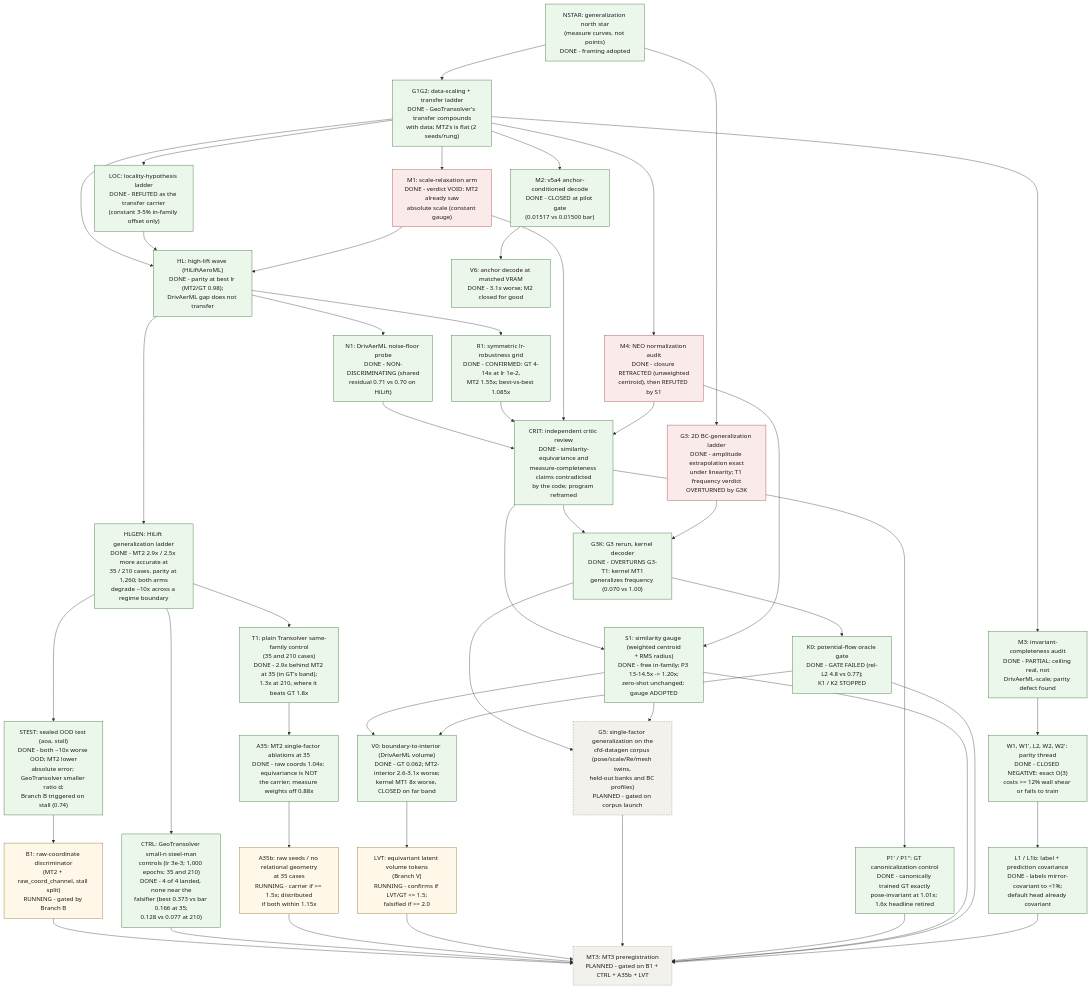
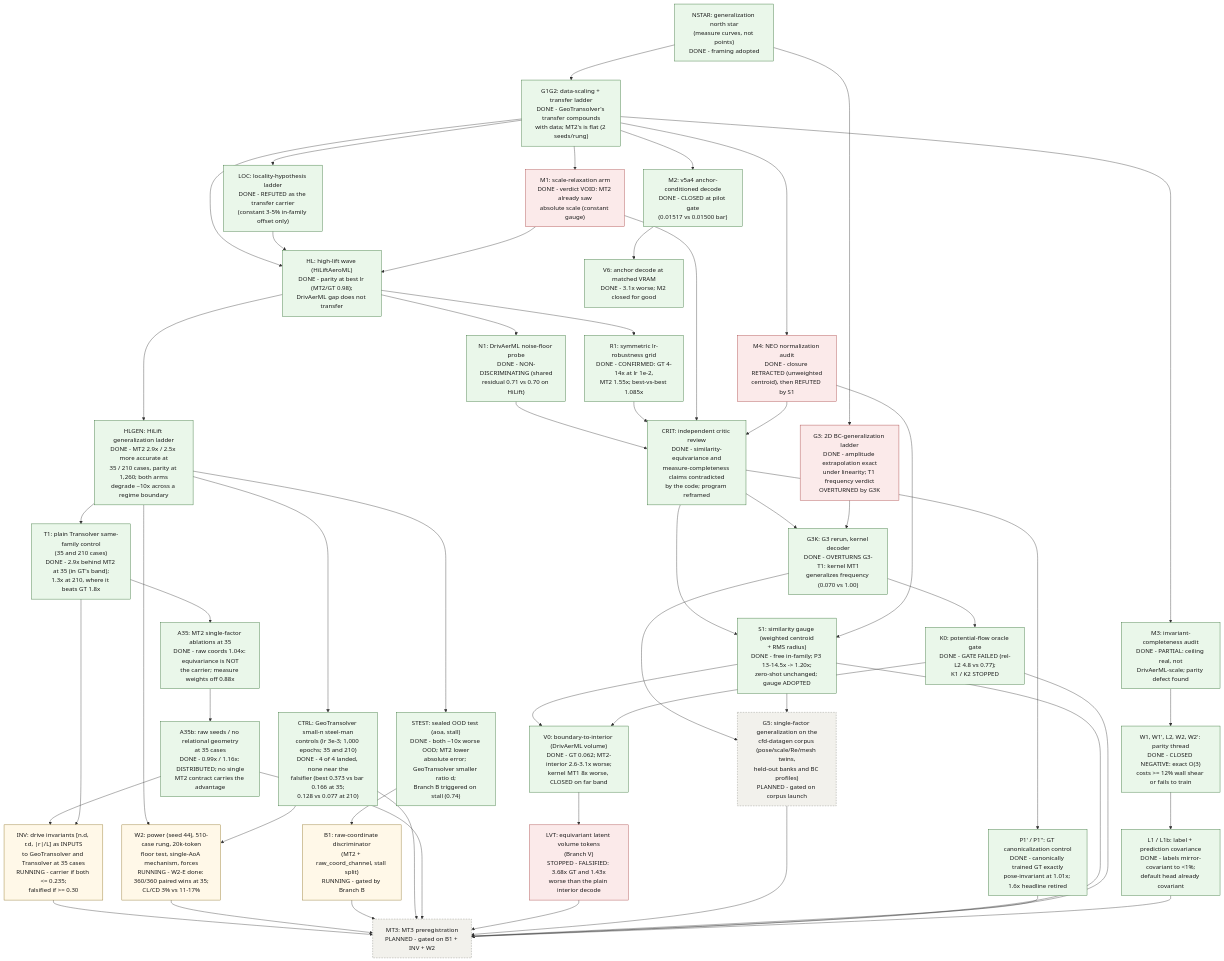
One commit to peterdsharpe/modulus changed the diagram in examples/cfd/mesh_transformer/book/index.qmd. Above: the diagram before and after it, drawn with Mermaid. The commit also changed other lines of this file and 3 other files, not shown here.

Commit message:
Notebook: W2-E paired per-case stats (360/360 wins at 35) and force coefficients (CL/CD 3% vs 11-17%); ch17 claim bounded; tech tree INV/W2/LVT/A35b

```diff
--- a/examples/cfd/mesh_transformer/book/index.qmd
+++ b/examples/cfd/mesh_transformer/book/index.qmd
@@ -533,12 +533,14 @@
     CTRL["CTRL: GeoTransolver small-n steel-man<br/>controls (lr 3e-3; 1,000 epochs; 35 and 210)<br/>DONE - 4 of 4 landed, none near the<br/>falsifier (best 0.373 vs bar 0.166 at 35;<br/>0.128 vs 0.077 at 210)"]:::done
     T1["T1: plain Transolver same-family control<br/>(35 and 210 cases)<br/>DONE - 2.9x behind MT2 at 35 (in GT's band);<br/>1.3x at 210, where it beats GT 1.8x"]:::done
     A35["A35: MT2 single-factor ablations at 35<br/>DONE - raw coords 1.04x: equivariance is NOT<br/>the carrier; measure weights off 0.88x"]:::done
-    A35B["A35b: raw seeds / no relational geometry<br/>at 35 cases<br/>RUNNING - carrier if >= 1.5x; distributed<br/>if both within 1.15x"]:::running
+    A35B["A35b: raw seeds / no relational geometry<br/>at 35 cases<br/>DONE - 0.99x / 1.16x: DISTRIBUTED; no single<br/>MT2 contract carries the advantage"]:::done
+    INV["INV: drive invariants [n.d, r.d, |r|/L] as INPUTS<br/>to GeoTransolver and Transolver at 35 cases<br/>RUNNING - carrier if both <= 0.235;<br/>falsified if >= 0.30"]:::running
+    W2["W2: power (seed 44), 510-case rung, 20k-token<br/>floor test, single-AoA mechanism, forces<br/>RUNNING - W2-E done: 360/360 paired wins at 35;<br/>CL/CD 3% vs 11-17%"]:::running
     V0["V0: boundary-to-interior (DrivAerML volume)<br/>DONE - GT 0.062; MT2-interior 2.6-3.1x worse;<br/>kernel MT1 8x worse, CLOSED on far band"]:::done
-    LVT["LVT: equivariant latent volume tokens<br/>(Branch V)<br/>RUNNING - confirms if LVT/GT <= 1.5;<br/>falsified if >= 2.0"]:::running
+    LVT["LVT: equivariant latent volume tokens<br/>(Branch V)<br/>STOPPED - FALSIFIED: 3.68x GT and 1.43x<br/>worse than the plain interior decode"]:::retracted
     STEST["STEST: sealed OOD test (aoa, stall)<br/>DONE - both ~10x worse OOD; MT2 lower<br/>absolute error; GeoTransolver smaller ratio d;<br/>Branch B triggered on stall (0.74)"]:::done
     B1["B1: raw-coordinate discriminator<br/>(MT2 + raw_coord_channel, stall split)<br/>RUNNING - gated by Branch B"]:::running
-    MT3["MT3: MT3 preregistration<br/>PLANNED - gated on B1 + CTRL + A35b + LVT"]:::planned
+    MT3["MT3: MT3 preregistration<br/>PLANNED - gated on B1 + INV + W2"]:::planned
     G5["G5: single-factor generalization on the<br/>cfd-datagen corpus (pose/scale/Re/mesh twins,<br/>held-out banks and BC profiles)<br/>PLANNED - gated on corpus launch"]:::planned
 
     NSTAR --> G1G2
@@ -571,6 +573,12 @@
     HLGEN --> T1
     T1 --> A35
     A35 --> A35B
+    A35B --> INV
+    T1 --> INV
+    HLGEN --> W2
+    CTRL --> W2
+    INV --> MT3
+    W2 --> MT3
     HLGEN --> STEST
     STEST --> B1
     S1 --> V0
```
